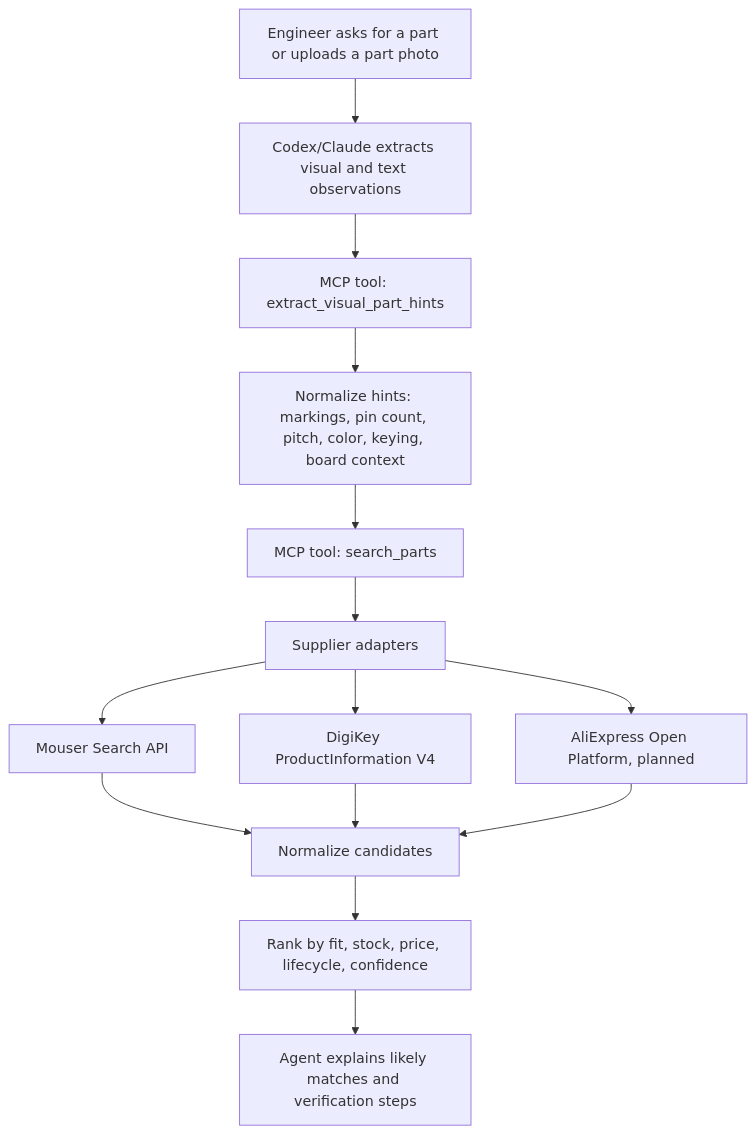
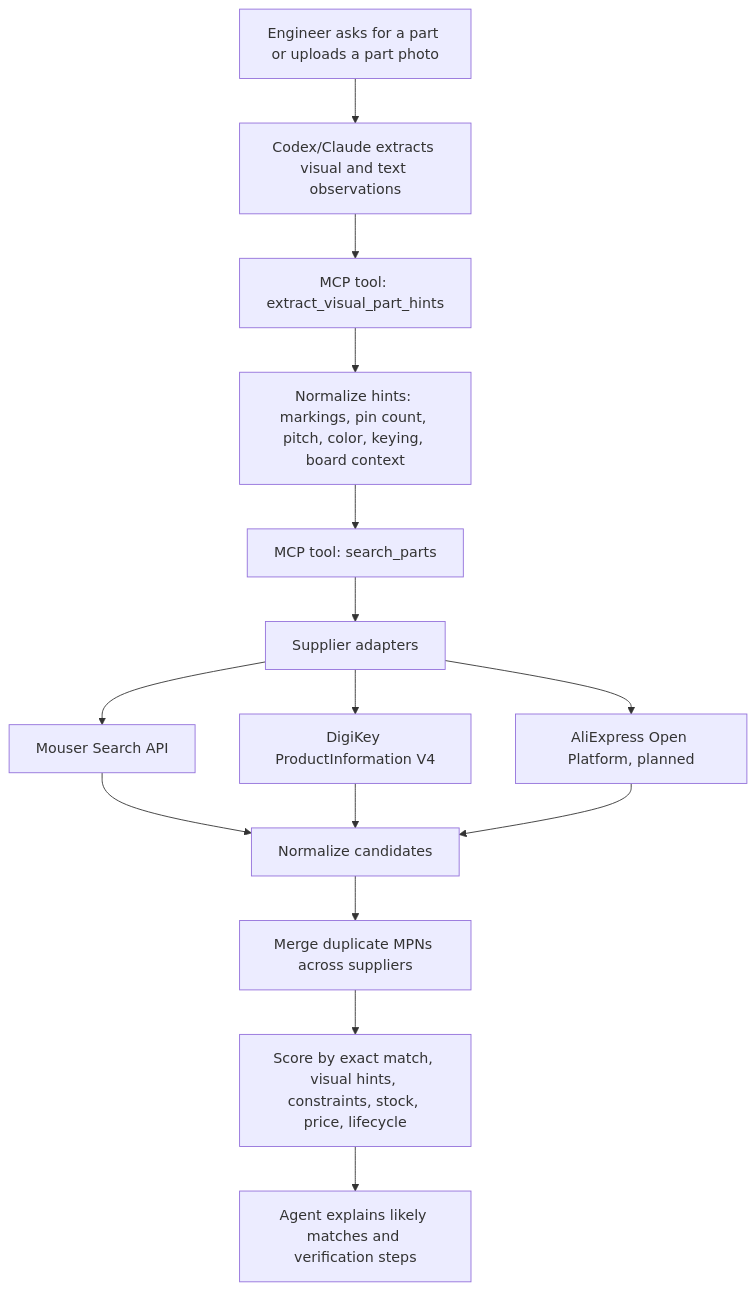
One commit to googoles/electronic-parts-finder-mcp changed the diagram in README.md. Above: the diagram before and after it, drawn with Mermaid. The commit also changed other lines of this file and 6 other files, not shown here.

````diff
--- a/README.md
+++ b/README.md
@@ -30,16 +32,17 @@
 ```mermaid
 flowchart TD
   A["Engineer asks for a part or uploads a part photo"] --> B["Codex/Claude extracts visual and text observations"]
   B --> C["MCP tool: extract_visual_part_hints"]
   C --> D["Normalize hints: markings, pin count, pitch, color, keying, board context"]
   D --> E["MCP tool: search_parts"]
   E --> F["Supplier adapters"]
   F --> G["Mouser Search API"]
   F --> H["DigiKey ProductInformation V4"]
   F --> I["AliExpress Open Platform, planned"]
   G --> J["Normalize candidates"]
   H --> J
   I --> J
-  J --> K["Rank by fit, stock, price, lifecycle, confidence"]
-  K --> L["Agent explains likely matches and verification steps"]
+  J --> K["Merge duplicate MPNs across suppliers"]
+  K --> M["Score by exact match, visual hints, constraints, stock, price, lifecycle"]
+  M --> L["Agent explains likely matches and verification steps"]
 ```
````
